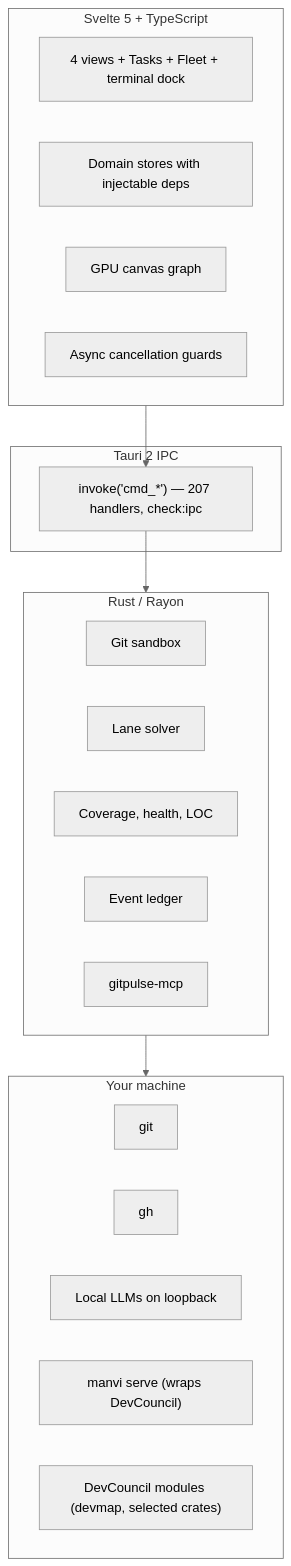
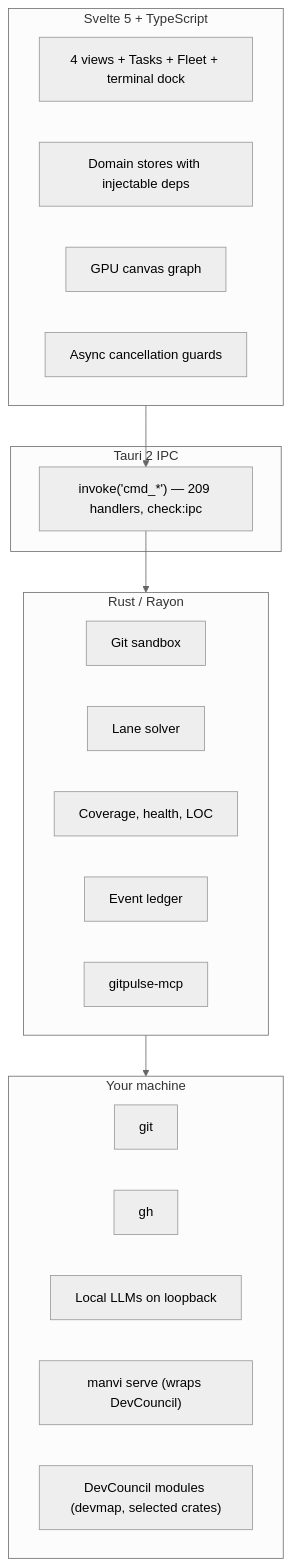
The diagram in wiki/Architecture.md (bharathvbcr/GitPulse), drawn with Mermaid (neutral theme) before and after one commit. The commit also changed other lines of this file and 15 other files, not shown here.

````diff
--- a/wiki/Architecture.md
+++ b/wiki/Architecture.md
@@ -7,28 +7,28 @@
 ```mermaid
 flowchart TB
     subgraph Frontend["Svelte 5 + TypeScript"]
         Views["4 views + Tasks + Fleet + terminal dock"]
         Stores["Domain stores with injectable deps"]
         Canvas["GPU canvas graph"]
         Guards["Async cancellation guards"]
     end
     subgraph IPC["Tauri 2 IPC"]
-        Bridge["invoke('cmd_*') — 207 handlers, check:ipc"]
+        Bridge["invoke('cmd_*') — 209 handlers, check:ipc"]
     end
     subgraph Backend["Rust / Rayon"]
         Git["Git sandbox"]
         Graph["Lane solver"]
         Analyzers["Coverage, health, LOC"]
         Ledger["Event ledger"]
         MCP["gitpulse-mcp"]
     end
     subgraph Local["Your machine"]
         GitCLI["git"]
         GhCLI["gh"]
         LLM["Local LLMs on loopback"]
         Manvi["manvi serve (wraps DevCouncil)"]
         DevCouncil["DevCouncil modules (devmap, selected crates)"]
     end
     Frontend --> Bridge --> Backend
     Backend --> Local
 ```
````
